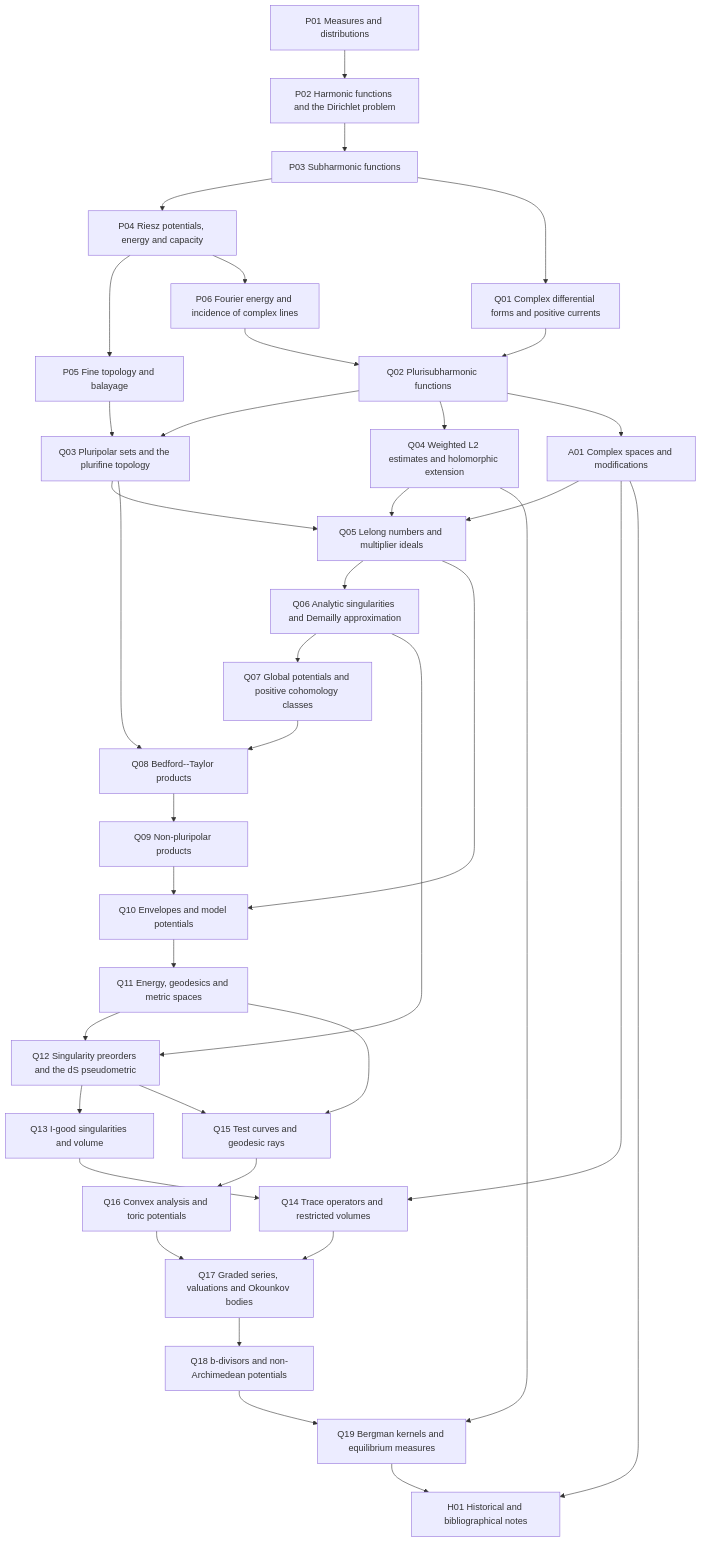
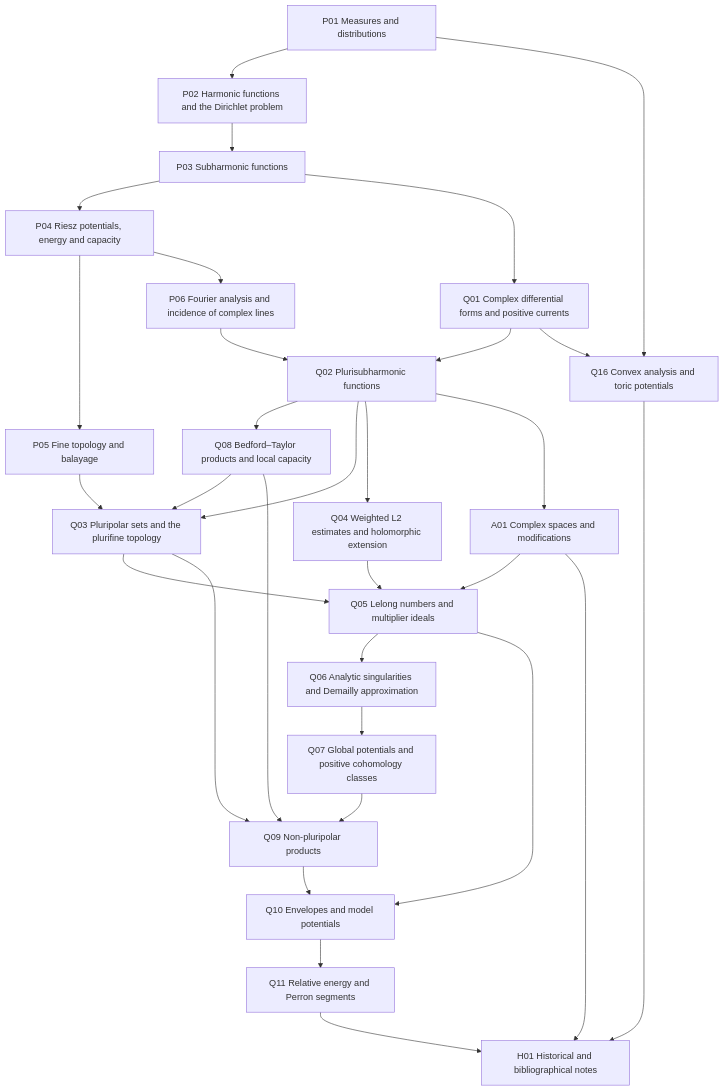
One commit to MingchenXia/foundations-of-pluripotential-theory changed the diagram in plan/DEPENDENCIES.md. Above: the diagram before and after it, drawn with Mermaid. The commit also changed other lines of this file and 6 other files, not shown here.

````diff
--- a/plan/DEPENDENCIES.md
+++ b/plan/DEPENDENCIES.md
@@ -5,68 +7,53 @@
 ```mermaid
 flowchart TD
   P01["P01 Measures and distributions"]
   P02["P02 Harmonic functions and the Dirichlet problem"]
   P01 --> P02
   P03["P03 Subharmonic functions"]
   P02 --> P03
   P04["P04 Riesz potentials, energy and capacity"]
   P03 --> P04
   P05["P05 Fine topology and balayage"]
   P04 --> P05
-  P06["P06 Fourier energy and incidence of complex lines"]
+  P06["P06 Fourier analysis and incidence of complex lines"]
   P04 --> P06
   Q01["Q01 Complex differential forms and positive currents"]
   P03 --> Q01
   Q02["Q02 Plurisubharmonic functions"]
   P06 --> Q02
   Q01 --> Q02
+  Q08["Q08 Bedford–Taylor products and local capacity"]
+  Q02 --> Q08
   Q03["Q03 Pluripolar sets and the plurifine topology"]
   Q02 --> Q03
   P05 --> Q03
+  Q08 --> Q03
   Q04["Q04 Weighted L2 estimates and holomorphic extension"]
   Q02 --> Q04
   Q05["Q05 Lelong numbers and multiplier ideals"]
   Q04 --> Q05
   Q03 --> Q05
   A01 --> Q05
   Q06["Q06 Analytic singularities and Demailly approximation"]
   Q05 --> Q06
   Q07["Q07 Global potentials and positive cohomology classes"]
   Q06 --> Q07
-  Q08["Q08 Bedford--Taylor products"]
-  Q03 --> Q08
-  Q07 --> Q08
   Q09["Q09 Non-pluripolar products"]
   Q08 --> Q09
+  Q03 --> Q09
+  Q07 --> Q09
   Q10["Q10 Envelopes and model potentials"]
   Q09 --> Q10
   Q05 --> Q10
-  Q11["Q11 Energy, geodesics and metric spaces"]
+  Q11["Q11 Relative energy and Perron segments"]
   Q10 --> Q11
-  Q12["Q12 Singularity preorders and the dS pseudometric"]
-  Q11 --> Q12
-  Q06 --> Q12
-  Q13["Q13 I-good singularities and volume"]
-  Q12 --> Q13
-  Q14["Q14 Trace operators and restricted volumes"]
-  Q13 --> Q14
-  A01 --> Q14
-  Q15["Q15 Test curves and geodesic rays"]
-  Q11 --> Q15
-  Q12 --> Q15
   Q16["Q16 Convex analysis and toric potentials"]
-  Q15 --> Q16
-  Q17["Q17 Graded series, valuations and Okounkov bodies"]
-  Q14 --> Q17
-  Q16 --> Q17
-  Q18["Q18 b-divisors and non-Archimedean potentials"]
-  Q17 --> Q18
-  Q19["Q19 Bergman kernels and equilibrium measures"]
-  Q18 --> Q19
-  Q04 --> Q19
+  P01 --> Q16
+  Q01 --> Q16
   A01["A01 Complex spaces and modifications"]
   Q02 --> A01
   H01["H01 Historical and bibliographical notes"]
-  Q19 --> H01
+  Q11 --> H01
+  Q16 --> H01
   A01 --> H01
 ```
````
